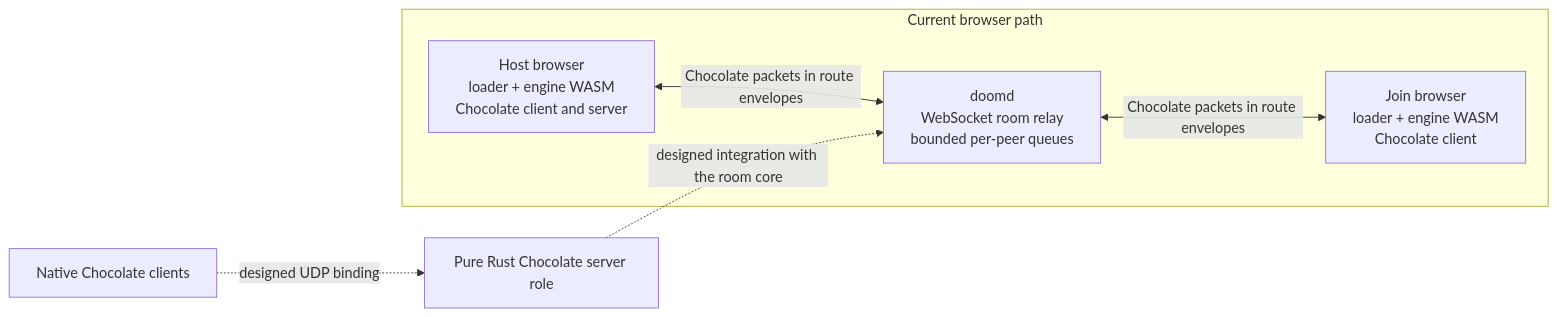
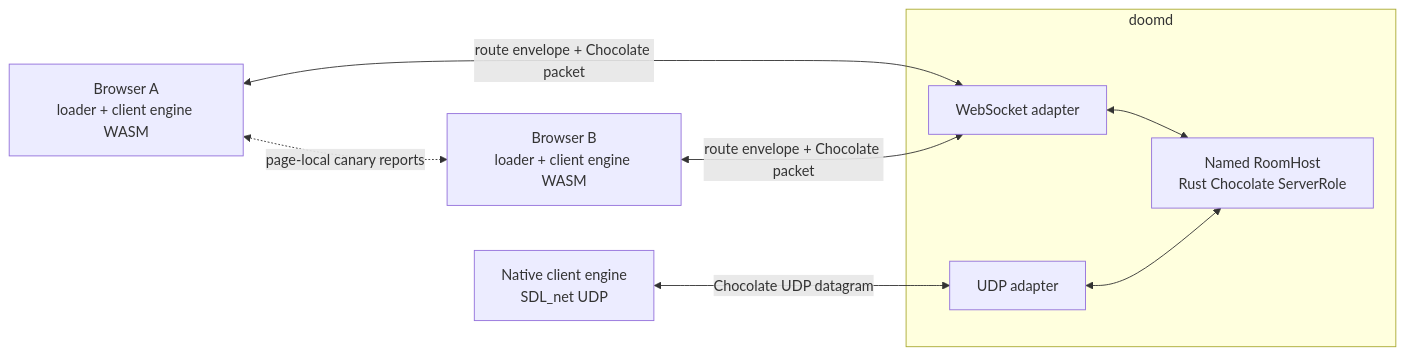
Before and after one commit to fiorix/chan-ext-doom: the diagram in README.md, drawn with Mermaid. The commit also changed other lines of this file and 3 other files, not shown here.

````diff
--- a/README.md
+++ b/README.md
@@ -11,15 +11,17 @@
 ```mermaid
 flowchart LR
-    subgraph current["Current browser path"]
-        host["Host browser<br/>loader + engine WASM<br/>Chocolate client and server"]
-        relay["doomd<br/>WebSocket room relay<br/>bounded per-peer queues"]
-        join["Join browser<br/>loader + engine WASM<br/>Chocolate client"]
-        host <-->|"Chocolate packets in route envelopes"| relay
-        relay <-->|"Chocolate packets in route envelopes"| join
+    browser_a["Browser A<br/>loader + client engine WASM"]
+    browser_b["Browser B<br/>loader + client engine WASM"]
+    native["Native client engine<br/>SDL_net UDP"]
+    subgraph doomd["doomd"]
+        ws["WebSocket adapter"]
+        udp["UDP adapter"]
+        room["Named RoomHost<br/>Rust Chocolate ServerRole"]
+        ws <--> room
+        udp <--> room
     end
-
-    native["Native Chocolate clients"]
-    rust_server["Pure Rust Chocolate server role"]
-    native -. "designed UDP binding" .-> rust_server
-    rust_server -. "designed integration with the room core" .-> relay
+    browser_a <-->|"route envelope + Chocolate packet"| ws
+    browser_b <-->|"route envelope + Chocolate packet"| ws
+    native <-->|"Chocolate UDP datagram"| udp
+    browser_a <-.->|"page-local canary reports"| browser_b
 ```
````
